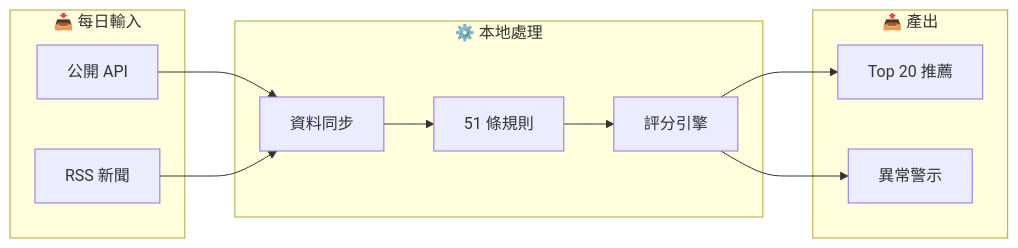
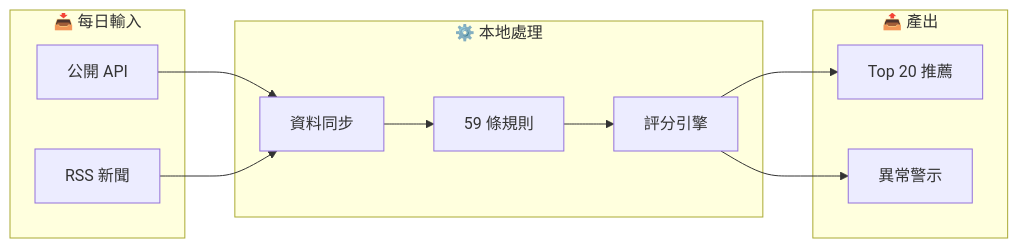
One commit to Neal75418/afterclose changed the first of 6 diagrams in CLAUDE.md. Above: the diagram before and after it, drawn with Mermaid. The commit also changed other lines of this file and 2 other files, not shown here.

````diff
--- a/CLAUDE.md
+++ b/CLAUDE.md
@@ -11,23 +11,23 @@
 ```mermaid
 flowchart LR
     subgraph Input["📥 每日輸入"]
         API["公開 API"]
         RSS["RSS 新聞"]
     end
 
     subgraph Process["⚙️ 本地處理"]
         Sync["資料同步"]
-        Rules["51 條規則"]
+        Rules["59 條規則"]
         Score["評分引擎"]
     end
 
     subgraph Output["📤 產出"]
         Top20["Top 20 推薦"]
         Alert["異常警示"]
     end
 
     API --> Sync
     RSS --> Sync
     Sync --> Rules --> Score --> Top20
     Score --> Alert
 ```
````
